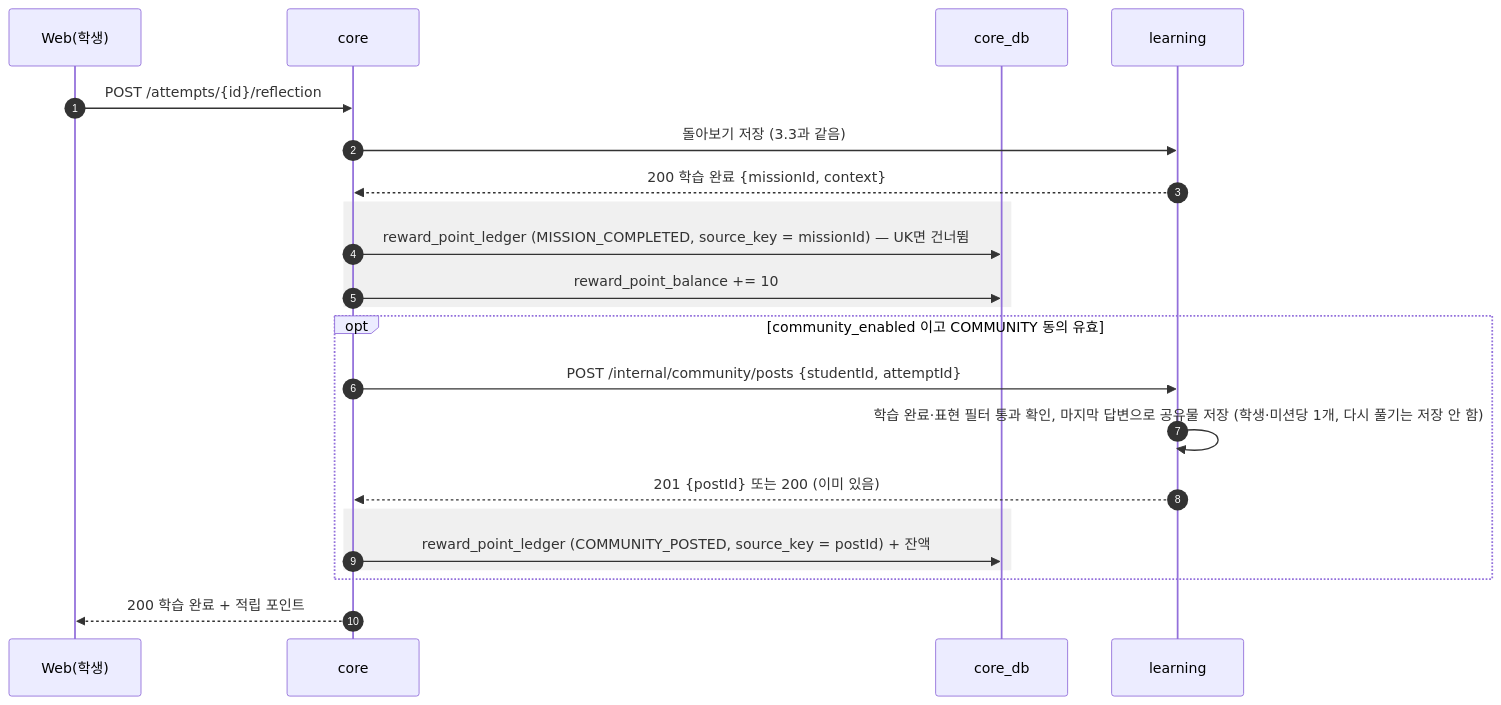
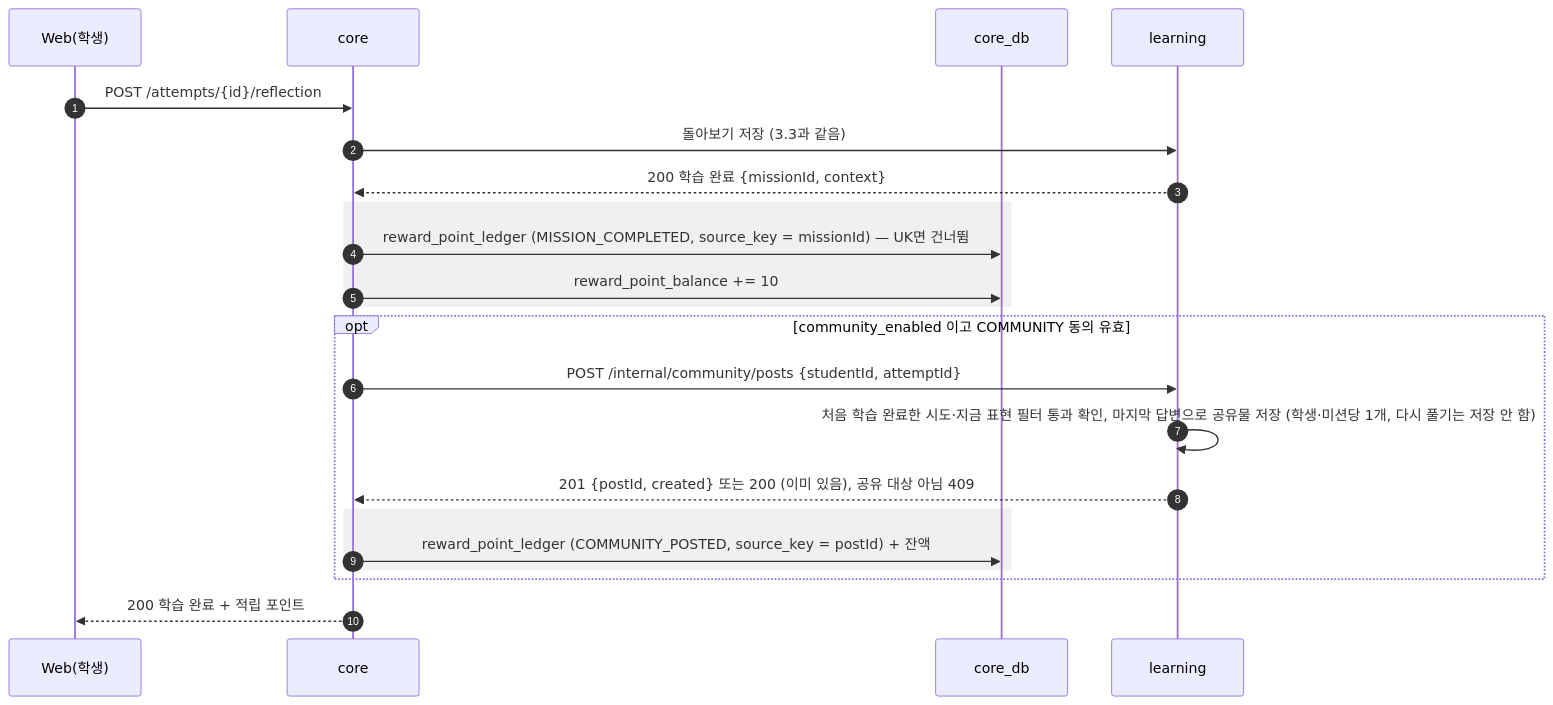
Before and after one commit to SKNETWORKS-FAMILY-AICAMP/SKN34-FINAL-3TEAM: diagram 15 of 33 in docs/design/sequence-diagram.md, drawn with Mermaid. The commit also changed other lines of this file and 26 other files, not shown here.

````diff
--- a/docs/design/sequence-diagram.md
+++ b/docs/design/sequence-diagram.md
@@ -591,25 +591,25 @@
 ```mermaid
 sequenceDiagram
   autonumber
   participant W as Web(학생)
   participant C as core
   participant CDB as core_db
   participant L as learning
 
   W->>C: POST /attempts/{id}/reflection
   C->>L: 돌아보기 저장 (3.3과 같음)
   L-->>C: 200 학습 완료 {missionId, context}
   rect rgba(128,128,128,0.12)
     C->>CDB: reward_point_ledger (MISSION_COMPLETED, source_key = missionId) — UK면 건너뜀
     C->>CDB: reward_point_balance += 10
   end
   opt community_enabled 이고 COMMUNITY 동의 유효
     C->>L: POST /internal/community/posts {studentId, attemptId}
-    L->>L: 학습 완료·표현 필터 통과 확인, 마지막 답변으로 공유물 저장 (학생·미션당 1개, 다시 풀기는 저장 안 함)
-    L-->>C: 201 {postId} 또는 200 (이미 있음)
+    L->>L: 처음 학습 완료한 시도·지금 표현 필터 통과 확인, 마지막 답변으로 공유물 저장 (학생·미션당 1개, 다시 풀기는 저장 안 함)
+    L-->>C: 201 {postId, created} 또는 200 (이미 있음), 공유 대상 아님 409
     rect rgba(128,128,128,0.12)
       C->>CDB: reward_point_ledger (COMMUNITY_POSTED, source_key = postId) + 잔액
     end
   end
   C-->>W: 200 학습 완료 + 적립 포인트
 ```
````
